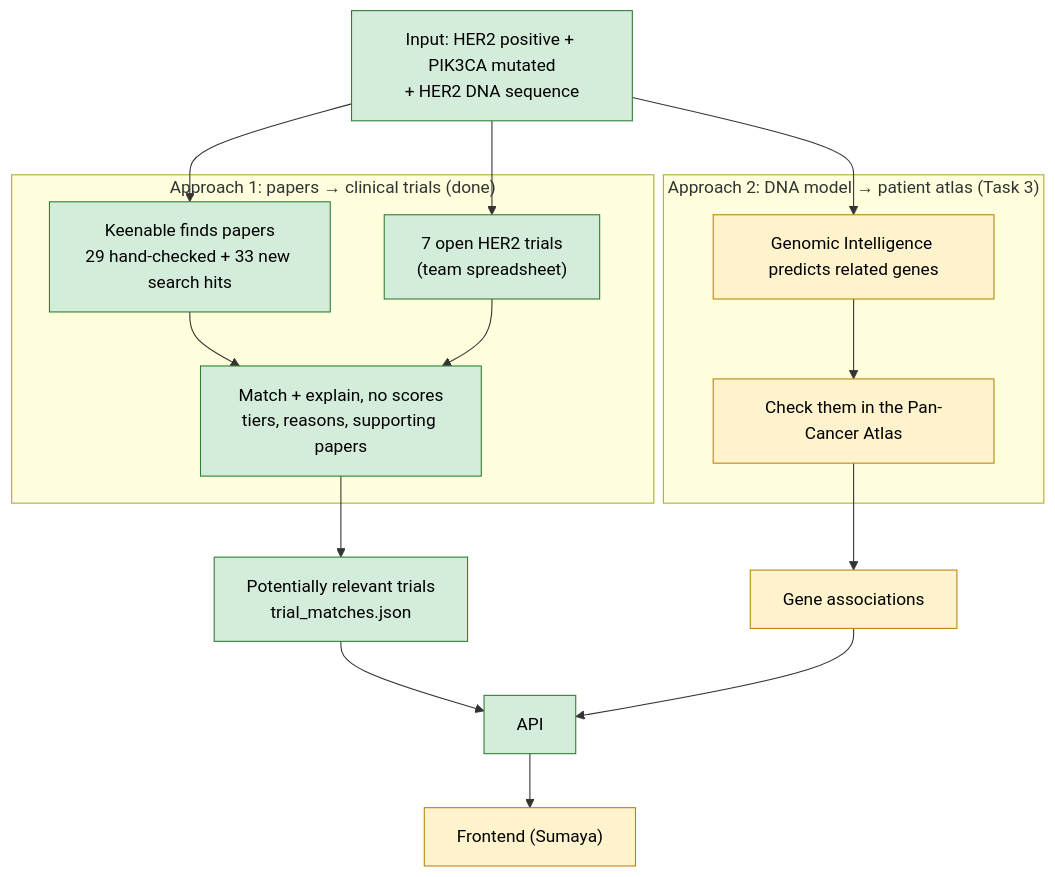
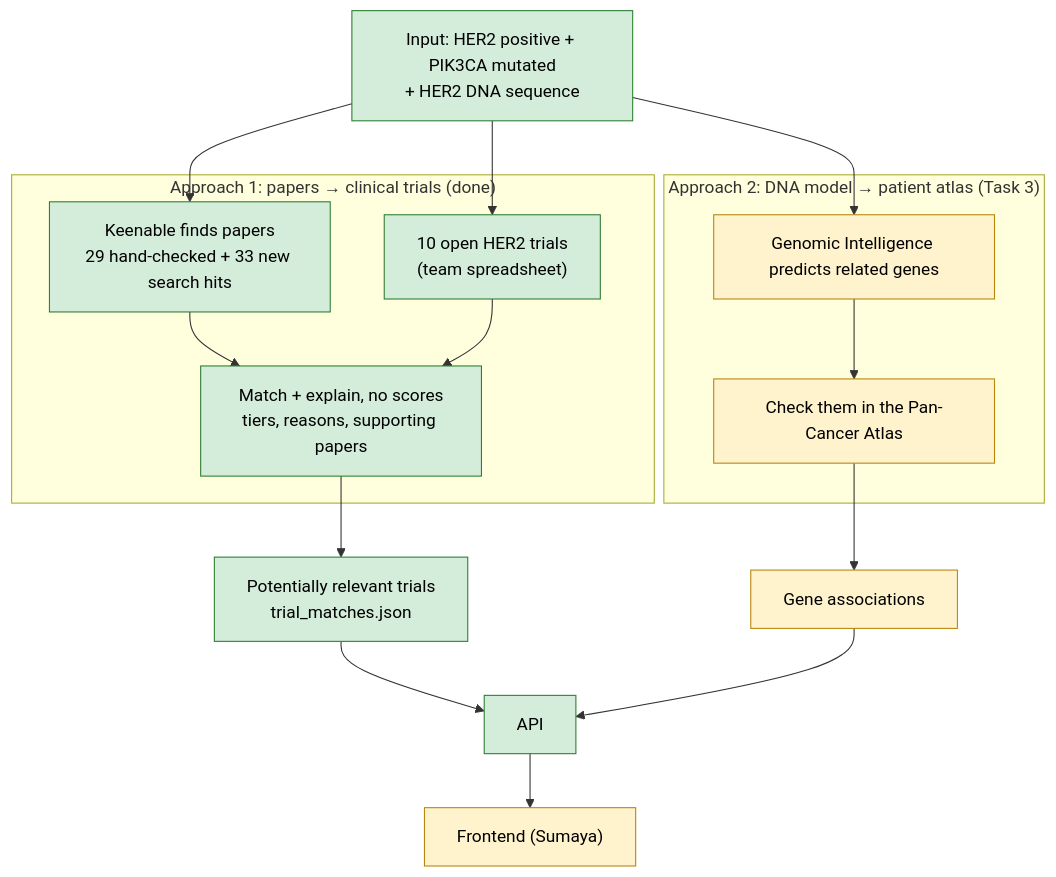
One commit to Contactashmeetsingh/B5-hackers changed the diagram in HUMAN.md. Above: the diagram before and after it, drawn with Mermaid. The commit also changed other lines of this file and 6 other files, not shown here.

````diff
--- a/HUMAN.md
+++ b/HUMAN.md
@@ -22,32 +22,32 @@
 ```mermaid
 flowchart TD
     IN["Input: HER2 positive + PIK3CA mutated<br/>+ HER2 DNA sequence"]
 
     subgraph A1["Approach 1: papers → clinical trials (done)"]
         K["Keenable finds papers<br/>29 hand-checked + 33 new search hits"]
-        T["7 open HER2 trials<br/>(team spreadsheet)"]
+        T["10 open HER2 trials<br/>(team spreadsheet)"]
         M["Match + explain, no scores<br/>tiers, reasons, supporting papers"]
         K --> M
         T --> M
     end
 
     subgraph A2["Approach 2: DNA model → patient atlas (Task 3)"]
         G["Genomic Intelligence predicts related genes"]
         P["Check them in the Pan-Cancer Atlas"]
         G --> P
     end
 
     IN --> K
     IN --> T
     IN --> G
     M --> O1["Potentially relevant trials<br/>trial_matches.json"]
     P --> O2["Gene associations"]
     O1 --> API["API"]
     O2 --> API
     API --> UI["Frontend (Sumaya)"]
 
     classDef done fill:#d4edda,stroke:#2e7d32,color:#000
     classDef todo fill:#fff3cd,stroke:#b8860b,color:#000
     class IN,K,T,M,O1,API done
     class G,P,O2,UI todo
 ```
````
